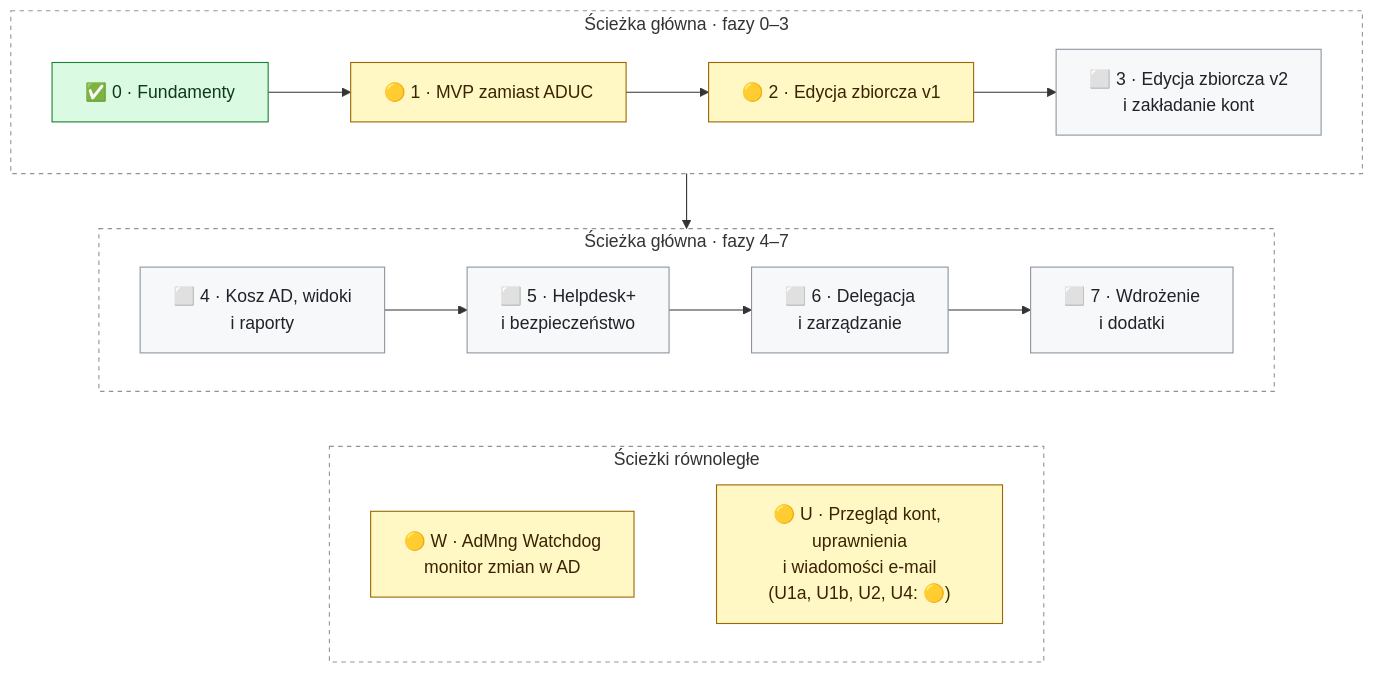
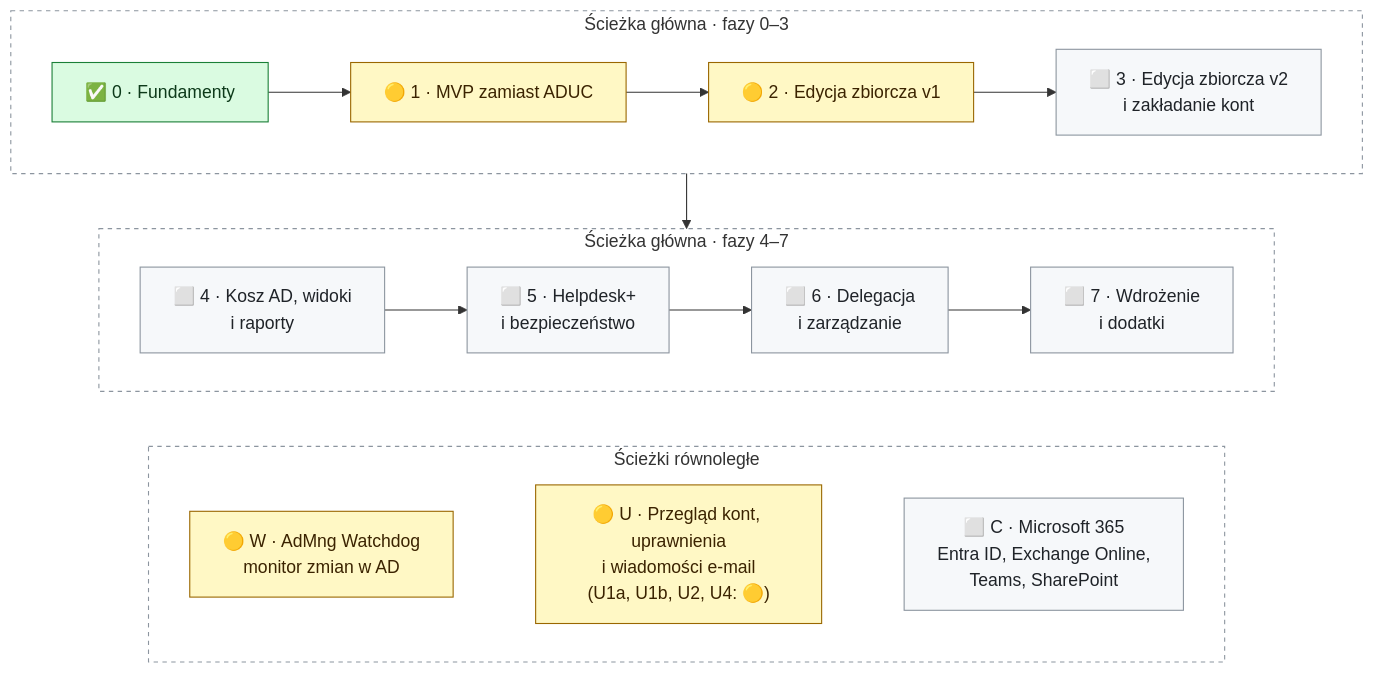
The diagram in README.md (DarienRahl/AD_MNG), drawn with Mermaid before and after one commit. The commit also changed other lines of this file and 1 other file, not shown here.

First line of the commit message:
Roadmap: track C – Microsoft 365 (Entra ID, Exchange Online, Teams, SharePoint)

````diff
--- a/README.md
+++ b/README.md
@@ -160,26 +160,26 @@
 ```mermaid
 flowchart TB
     subgraph A["Ścieżka główna · fazy 0–3"]
         direction LR
         F0["✅ 0 · Fundamenty"] --> F1["🟡 1 · MVP zamiast ADUC"] --> F2["🟡 2 · Edycja zbiorcza v1"] --> F3["⬜ 3 · Edycja zbiorcza v2<br/>i zakładanie kont"]
     end
     subgraph B["Ścieżka główna · fazy 4–7"]
         direction LR
         F4["⬜ 4 · Kosz AD, widoki<br/>i raporty"] --> F5["⬜ 5 · Helpdesk+<br/>i bezpieczeństwo"] --> F6["⬜ 6 · Delegacja<br/>i zarządzanie"] --> F7["⬜ 7 · Wdrożenie<br/>i dodatki"]
     end
     subgraph C["Ścieżki równoległe"]
         direction LR
-        W["🟡 W · AdMng Watchdog<br/>monitor zmian w AD"] ~~~ U["🟡 U · Przegląd kont, uprawnienia<br/>i wiadomości e-mail<br/>(U1a, U1b, U2, U4: 🟡)"]
+        W["🟡 W · AdMng Watchdog<br/>monitor zmian w AD"] ~~~ U["🟡 U · Przegląd kont, uprawnienia<br/>i wiadomości e-mail<br/>(U1a, U1b, U2, U4: 🟡)"] ~~~ M365["⬜ C · Microsoft 365<br/>Entra ID, Exchange Online,<br/>Teams, SharePoint"]
     end
     A --> B
     B ~~~ C
     classDef done fill:#dafbe1,stroke:#1a7f37,color:#0d3a1a
     classDef wip fill:#fff8c5,stroke:#9a6700,color:#3b2300
     classDef todo fill:#f6f8fa,stroke:#8c959f,color:#1f2328
     class F0 done
     class F1,F2,W,U wip
-    class F3,F4,F5,F6,F7 todo
+    class F3,F4,F5,F6,F7,M365 todo
     style A fill:transparent,stroke:#8c959f,stroke-dasharray:4 4
     style B fill:transparent,stroke:#8c959f,stroke-dasharray:4 4
     style C fill:transparent,stroke:#8c959f,stroke-dasharray:4 4
 ```
````
